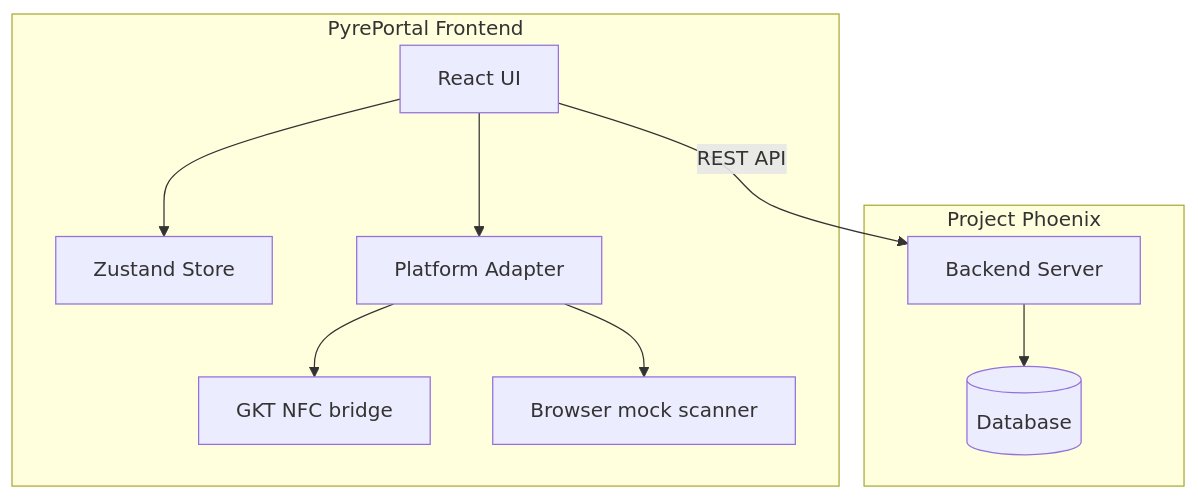
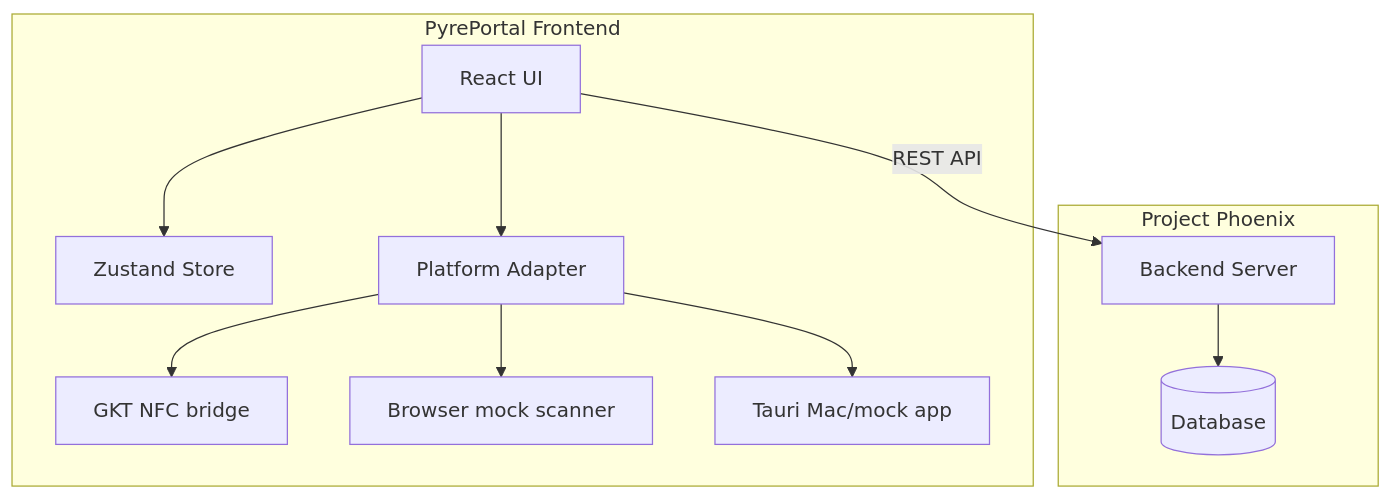
The diagram in README.md (moto-nrw/PyrePortal), drawn with Mermaid before and after one commit. The commit also changed other lines of this file and 6 other files, not shown here.

````diff
--- a/README.md
+++ b/README.md
@@ -29,15 +30,16 @@
 ```mermaid
 flowchart TB
     subgraph "PyrePortal Frontend"
         UI[React UI] --> Store[Zustand Store]
         UI --> Platform[Platform Adapter]
         Platform --> GKT[GKT NFC bridge]
         Platform --> Mock[Browser mock scanner]
+        Platform --> Tauri[Tauri Mac/mock app]
     end
 
     subgraph "Project Phoenix"
         Server[Backend Server] --> DB[(Database)]
     end
 
     UI -->|REST API| Server
 ```
````
